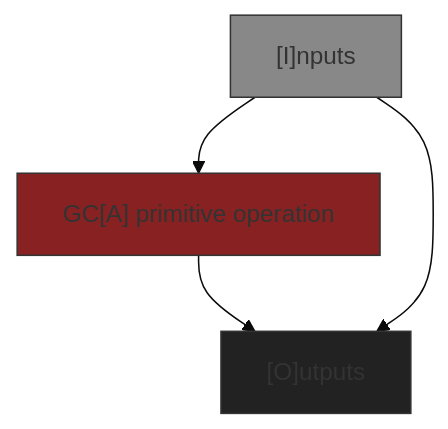
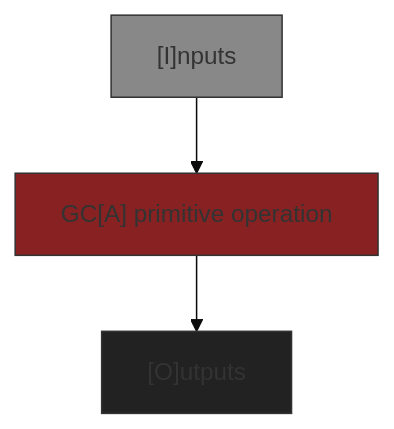
One commit to Shapedsundew9/erasmus-gp changed the sixth of 7 diagrams in egppy/egppy/genetic_code/docs/graph.md. Above: the diagram before and after it, drawn with Mermaid (base theme). The commit also changed other lines of this file and 18 other files, not shown here.

First line of the commit message:
WIP: Refactor genetic code connection graph and insertion logic

````diff
--- a/egppy/egppy/genetic_code/docs/graph.md
+++ b/egppy/egppy/genetic_code/docs/graph.md
@@ -405,17 +403,16 @@
 ```mermaid
 %% Primitive GC
 flowchart TB
     I["[I]nputs"]
     A["GC[A] primitive operation"]
     O["[O]utputs"]
     I --> A --> O
-    I --> O
     
 classDef Icd fill:#888888,stroke:#333,stroke-width:1px
 classDef Acd fill:#882222,stroke:#333,stroke-width:1px
 classDef Ocd fill:#222222,stroke:#333,stroke-width:1px
 
 class I Icd
 class A Acd
 class O Ocd
 ```
````
